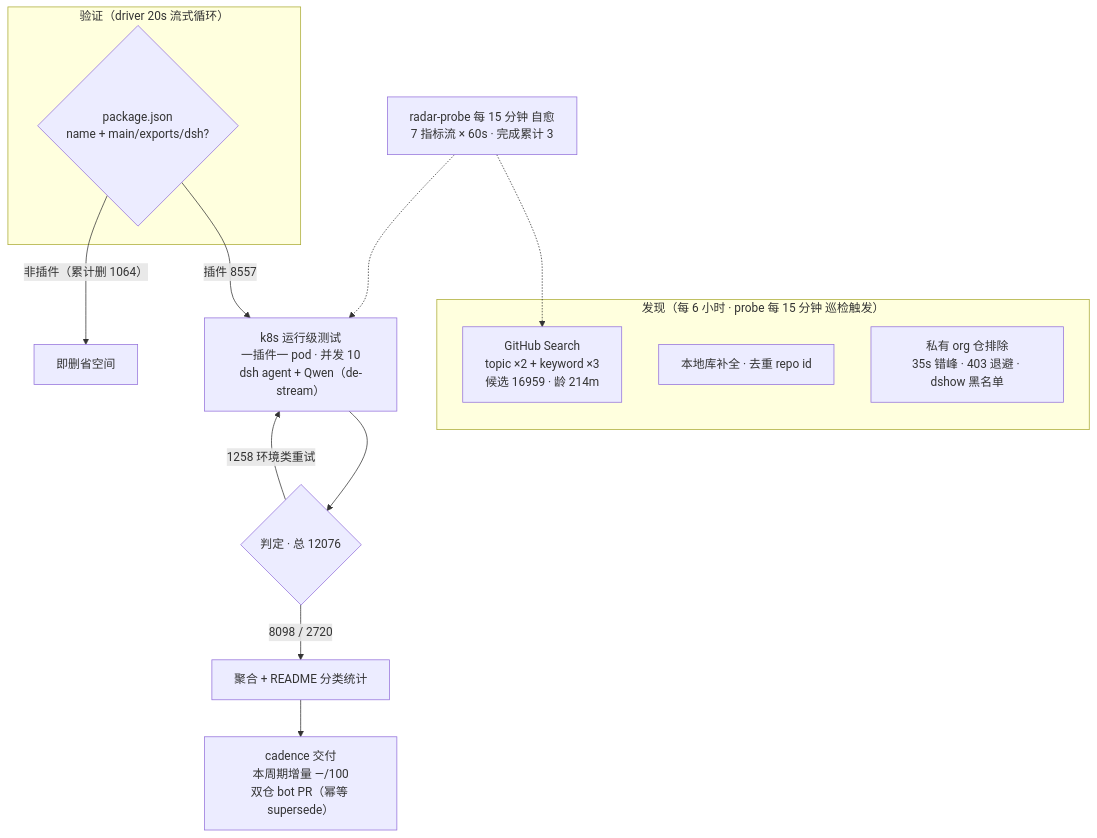
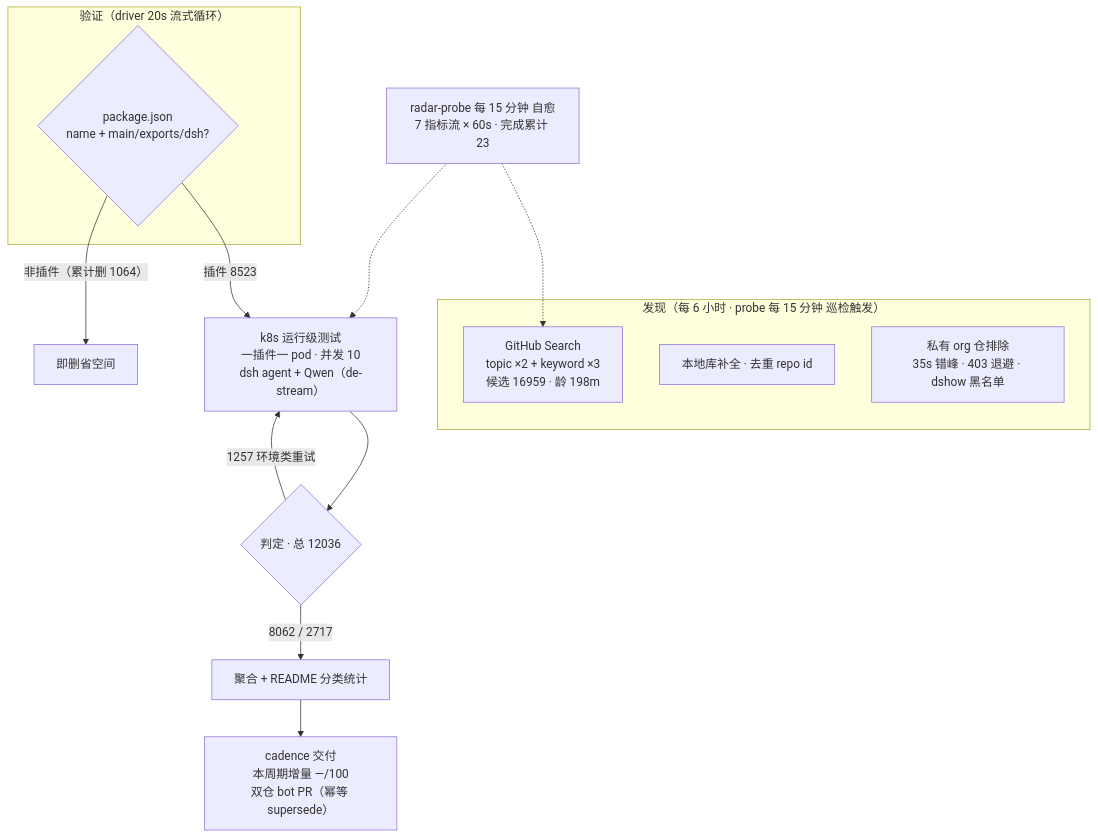
Before and after one commit to Zhidao-Lab-OSS/awesome-dsh-plugins: the diagram in README.md, drawn with Mermaid. The commit also changed other lines of this file and 1 other file, not shown here.

````diff
--- a/README.md
+++ b/README.md
@@ -52,20 +52,20 @@
 ```mermaid
 flowchart TB
     subgraph Discovery["发现（每 6 小时 · probe 每 15 分钟 巡检触发）"]
-        A1["GitHub Search<br/>topic ×2 + keyword ×3<br/>候选 16959 · 龄 214m"]
+        A1["GitHub Search<br/>topic ×2 + keyword ×3<br/>候选 16959 · 龄 198m"]
         A2["本地库补全 · 去重 repo id"]
         A3["私有 org 仓排除<br/>35s 错峰 · 403 退避 · dshow 黑名单"]
     end
     subgraph Validation["验证（driver 20s 流式循环）"]
         B1{"package.json<br/>name + main/exports/dsh?"}
     end
-    B1 -->|"插件 8557"| C1["k8s 运行级测试<br/>一插件一 pod · 并发 10<br/>dsh agent + Qwen（de-stream）"]
+    B1 -->|"插件 8523"| C1["k8s 运行级测试<br/>一插件一 pod · 并发 10<br/>dsh agent + Qwen（de-stream）"]
     B1 -->|"非插件（累计删 1064）"| B3["即删省空间"]
-    C1 --> D1{"判定 · 总 12076"}
-    D1 -->|"8098 / 2720"| E1["聚合 + README 分类统计"]
-    D1 -->|"1258 环境类重试"| C1
+    C1 --> D1{"判定 · 总 12036"}
+    D1 -->|"8062 / 2717"| E1["聚合 + README 分类统计"]
+    D1 -->|"1257 环境类重试"| C1
     E1 --> E2["cadence 交付<br/>本周期增量 —/100<br/>双仓 bot PR（幂等 supersede）"]
-    M["radar-probe 每 15 分钟 自愈<br/>7 指标流 × 60s · 完成累计 3"]
+    M["radar-probe 每 15 分钟 自愈<br/>7 指标流 × 60s · 完成累计 23"]
     M -.-> A1
     M -.-> C1
 ```
````
